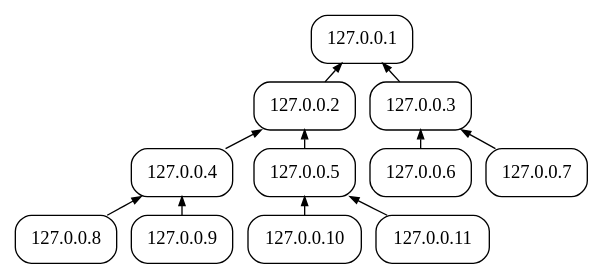
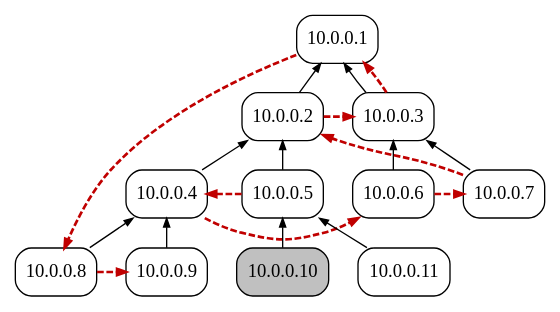
One commit to igankevich/arma-thesis changed the third of 3 diagrams in arma-thesis-ru.org. Above: the diagram before and after it, drawn with Graphviz. The commit also changed other lines of this file and 1 other file, not shown here.

Commit message:
Add diagram for tree hierarchy traversal.

```diff
--- a/arma-thesis-ru.org
+++ b/arma-thesis-ru.org
@@ -2737,31 +2737,36 @@
 #+begin_src dot :exports results :file build/tree-hierarchy-11-ru.pdf
 digraph {
 
-  node [fontsize=14,margin="0.055,0",shape=box,style=rounded]
-  graph [nodesep="0.15",ranksep="0.20",rankdir="BT"]
+  node [fontname="Old Standard",fontsize=14,margin="0.055,0.055",shape=box,style=rounded]
+  graph [nodesep="0.30",ranksep="0.30",rankdir="BT"]
   edge [arrowsize=0.66]
 
-  m1 [label="127.0.0.1"]
-  m2 [label="127.0.0.2"]
-  m3 [label="127.0.0.3"]
-  m4 [label="127.0.0.4"]
-  m5 [label="127.0.0.5"]
-  m6 [label="127.0.0.6"]
-  m7 [label="127.0.0.7"]
-  m8 [label="127.0.0.8"]
-  m9 [label="127.0.0.9"]
-  m10 [label="127.0.0.10"]
-  m11 [label="127.0.0.11"]
+  m1 [label="10.0.0.1"]
+  m2 [label="10.0.0.2"]
+  m3 [label="10.0.0.3"]
+  m4 [label="10.0.0.4"]
+  m5 [label="10.0.0.5"]
+  m6 [label="10.0.0.6"]
+  m7 [label="10.0.0.7"]
+  m8 [label="10.0.0.8"]
+  m9 [label="10.0.0.9"]
+  m10 [label="10.0.0.10",fillcolor="#c0c0c0",style="filled,rounded"]
+  m11 [label="10.0.0.11",shape=Mrecord]
 
   m2->m1
   m3->m1
   m4->m2
   m5->m2
   m6->m3
   m7->m3
   m8->m4
   m9->m4
   m10->m5
   m11->m5
+
+  m5->m4->m6 [style="dashed,bold",color="#c00000",constraint=false]
+  {rank=same; m6->m7 [style="dashed,bold",color="#c00000"]}
+  m7->m2->m3->m1->m8->m9 [style="dashed,bold",color="#c00000",constraint=false]
+
 }
 #+end_src
```
